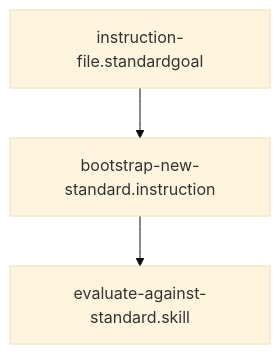
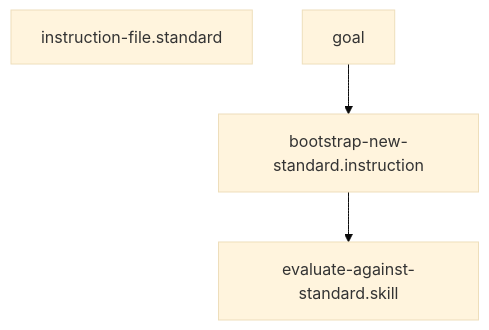
The diagram in instructions/bootstrap-new-standard.instruction.md (Gizmo4Life/ai-kernel), drawn with Mermaid (base theme) before and after one commit. The commit also changed other lines of this file and 101 other files, not shown here.

````diff
--- a/instructions/bootstrap-new-standard.instruction.md
+++ b/instructions/bootstrap-new-standard.instruction.md
@@ -28,5 +28,6 @@
 ```mermaid
 graph TD
-    instruction-file.standardgoal --> bootstrap-new-standard.instruction
+    instruction-file.standard
+goal --> bootstrap-new-standard.instruction
     bootstrap-new-standard.instruction --> evaluate-against-standard[evaluate-against-standard.skill]
 ```
````
